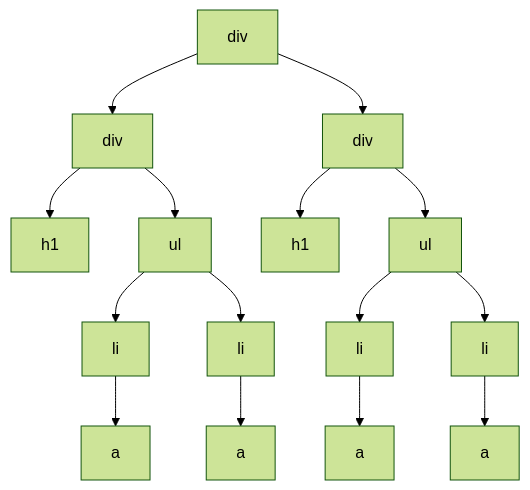
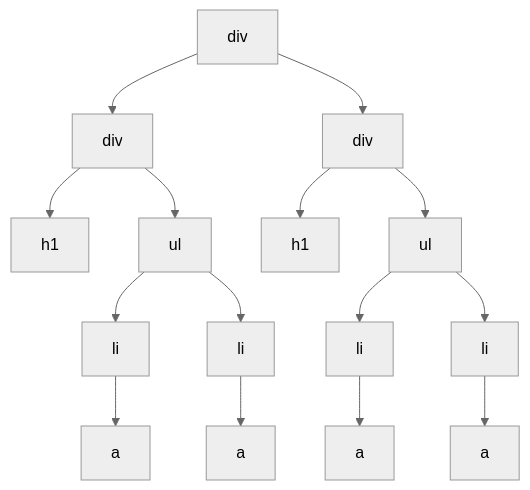
The second of 3 diagrams in slides/2.md (iacobucci/sviluppo_web_in_javascript), drawn with Mermaid before and after one commit. The commit also changed other lines of this file and 27 other files, not shown here.

```diff
--- a/slides/2.md
+++ b/slides/2.md
@@ -106,14 +106,14 @@
 <div class="mermaid" style="max-height:22vh;">
-%%{init: {'theme': 'forest', 'mirrorActors': false} }%%
+%%{init: {'theme': 'neutral', 'mirrorActors': false} }%%
 flowchart TD
 	A[div] --> B[div]
 	A --> C[div]
 	B --> D[h1]
 	B --> E[ul]
 	C --> F[h1]
 	C --> G[ul]
 	E --> H[li] --> L[a]
 	E --> I[li] --> M[a]
 	G --> J[li] --> N[a]
 	G --> K[li] --> O[a]
 </div>
```
